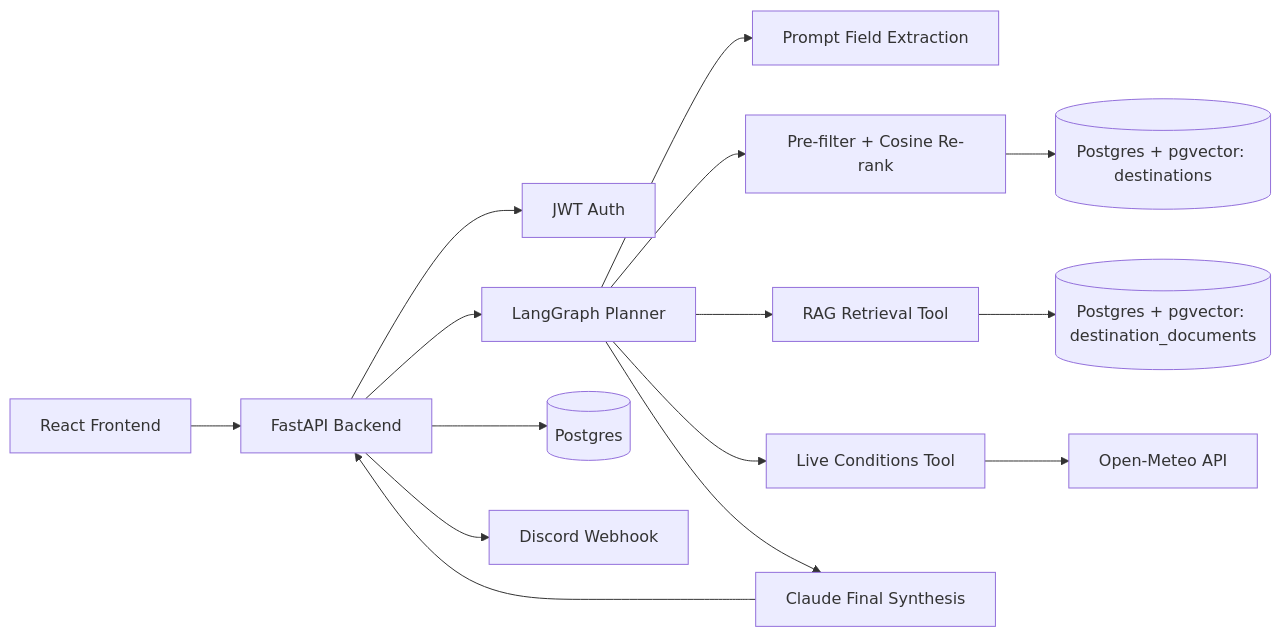
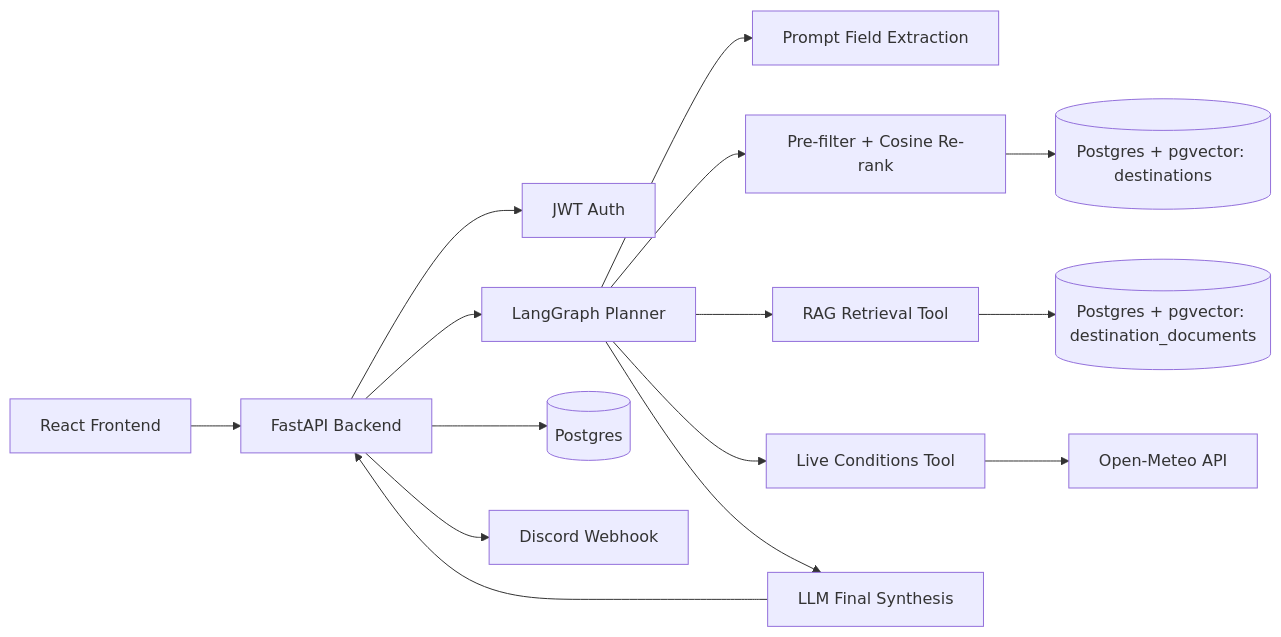
The diagram in README.md (kayan2004/ground-trip), drawn with Mermaid before and after one commit. The commit also changed other lines of this file and 20 other files, not shown here.

````diff
--- a/README.md
+++ b/README.md
@@ -79,20 +84,20 @@
 ```mermaid
 flowchart LR
     UI[React Frontend] --> API[FastAPI Backend]
     API --> AUTH[JWT Auth]
     API --> LG[LangGraph Planner]
 
     LG --> EXTRACT[Prompt Field Extraction]
     LG --> REC[Pre-filter + Cosine Re-rank]
     LG --> RAG[RAG Retrieval Tool]
     LG --> LIVE[Live Conditions Tool]
-    LG --> SYN[Claude Final Synthesis]
+    LG --> SYN[LLM Final Synthesis]
 
     REC --> PG[(Postgres + pgvector: destinations)]
     RAG --> PG2[(Postgres + pgvector: destination_documents)]
     LIVE --> WEATHER[Open-Meteo API]
     SYN --> API
 
     API --> DB[(Postgres)]
     API --> WEBHOOK[Discord Webhook]
 ```
````
